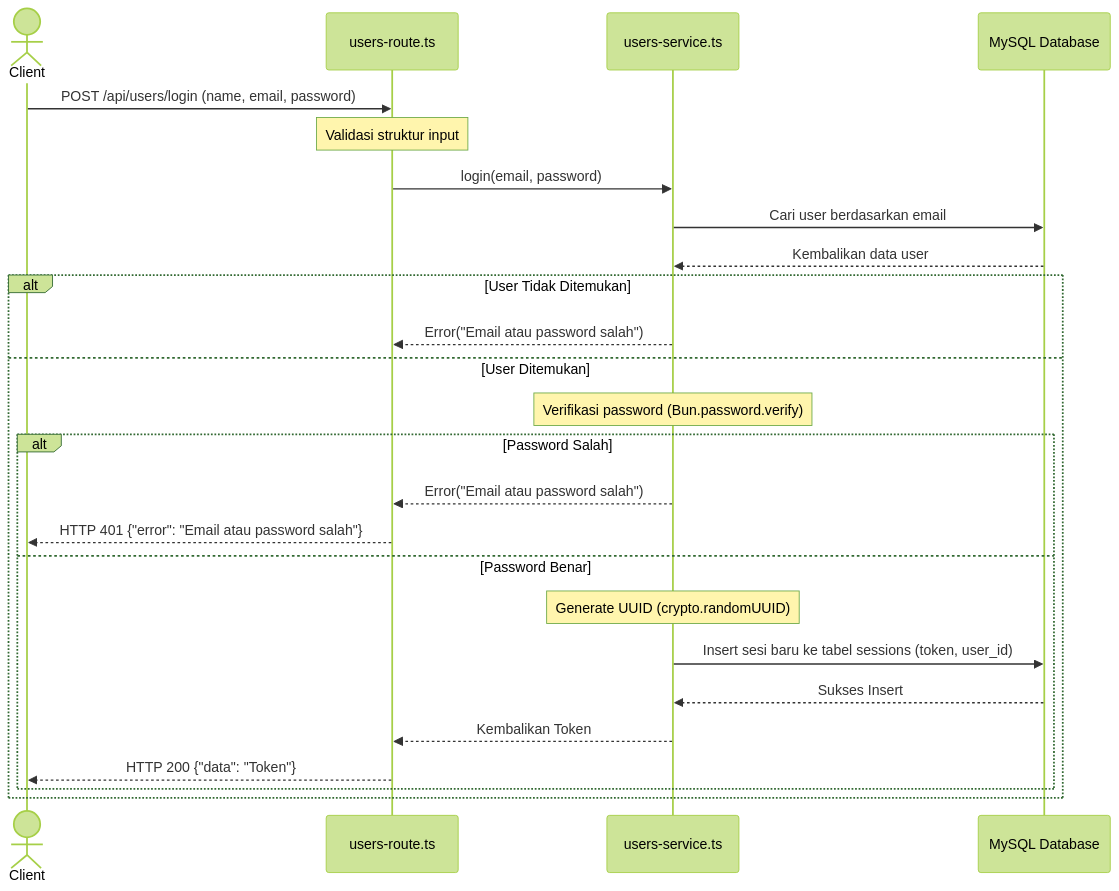
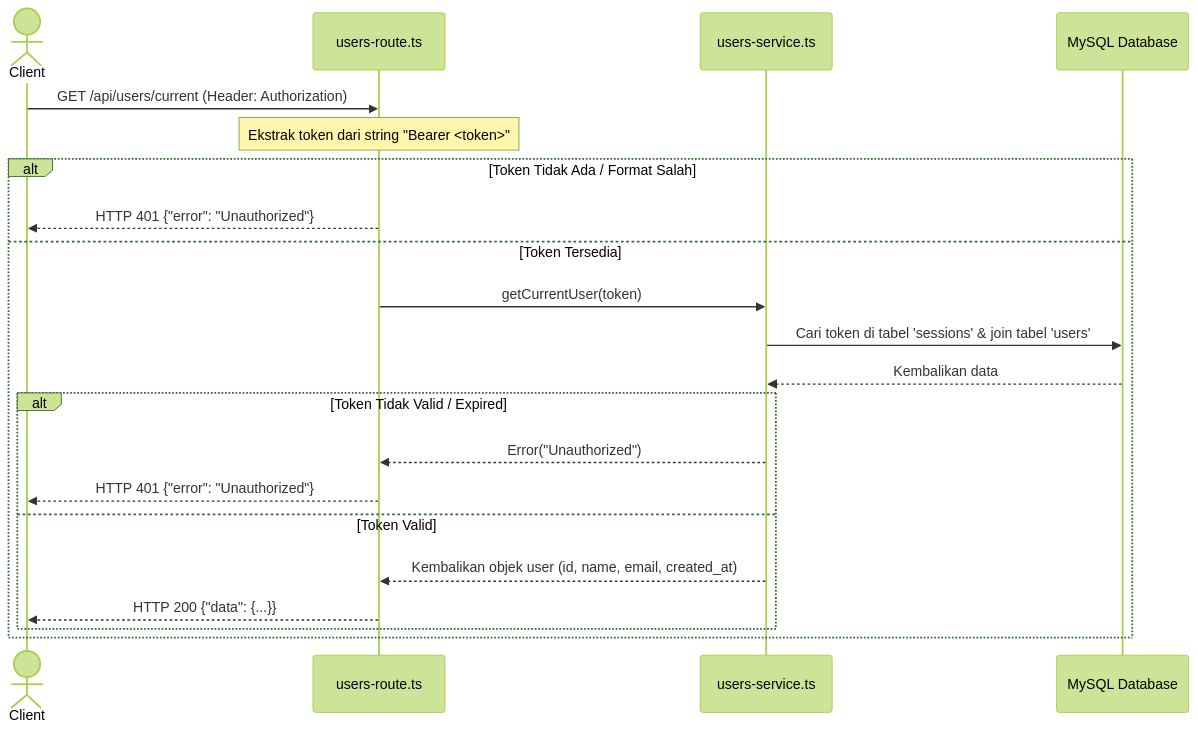
The diagram in issue.md (faiq671/Vibe-Coding), drawn with Mermaid (forest theme) before and after one commit. The commit also changed other lines of this file and 2 other files, not shown here.

Commit message:
feat: implement get current user API (close #8)

````diff
--- a/issue.md
+++ b/issue.md
@@ -63,30 +82,26 @@
 ```mermaid
 sequenceDiagram
     actor Client
     participant Router as users-route.ts
     participant Service as users-service.ts
     participant DB as MySQL Database
 
-    Client->>Router: POST /api/users/login (name, email, password)
-    Note over Router: Validasi struktur input
-    Router->>Service: login(email, password)
+    Client->>Router: GET /api/users/current (Header: Authorization)
+    Note over Router: Ekstrak token dari string "Bearer <token>"
     
-    Service->>DB: Cari user berdasarkan email
-    DB-->>Service: Kembalikan data user
-    
-    alt User Tidak Ditemukan
-        Service-->>Router: Error("Email atau password salah")
-    else User Ditemukan
-        Note over Service: Verifikasi password (Bun.password.verify)
-        alt Password Salah
-            Service-->>Router: Error("Email atau password salah")
-            Router-->>Client: HTTP 401 {"error": "Email atau password salah"}
-        else Password Benar
-            Note over Service: Generate UUID (crypto.randomUUID)
-            Service->>DB: Insert sesi baru ke tabel sessions (token, user_id)
-            DB-->>Service: Sukses Insert
-            Service-->>Router: Kembalikan Token
-            Router-->>Client: HTTP 200 {"data": "Token"}
+    alt Token Tidak Ada / Format Salah
+        Router-->>Client: HTTP 401 {"error": "Unauthorized"}
+    else Token Tersedia
+        Router->>Service: getCurrentUser(token)
+        Service->>DB: Cari token di tabel 'sessions' & join tabel 'users'
+        DB-->>Service: Kembalikan data
+        
+        alt Token Tidak Valid / Expired
+            Service-->>Router: Error("Unauthorized")
+            Router-->>Client: HTTP 401 {"error": "Unauthorized"}
+        else Token Valid
+            Service-->>Router: Kembalikan objek user (id, name, email, created_at)
+            Router-->>Client: HTTP 200 {"data": {...}}
         end
     end
 ```
````
